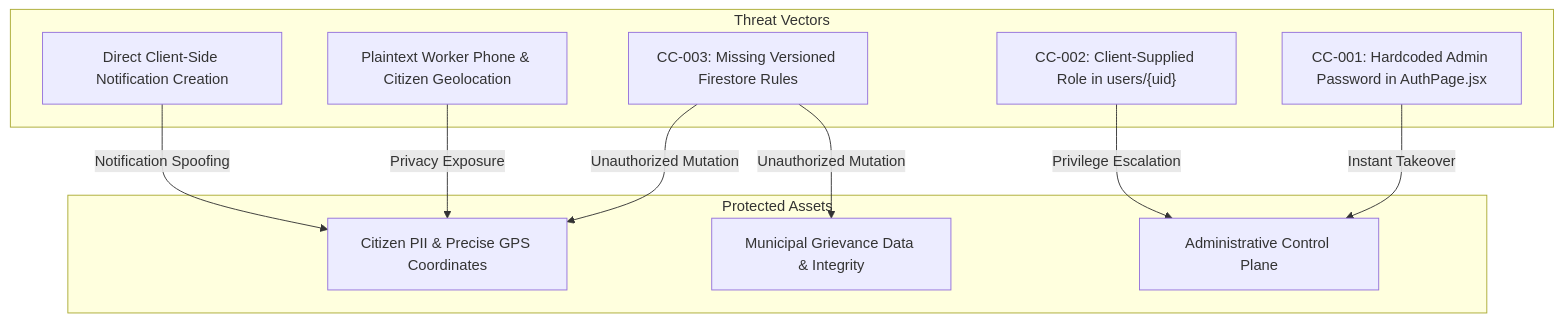
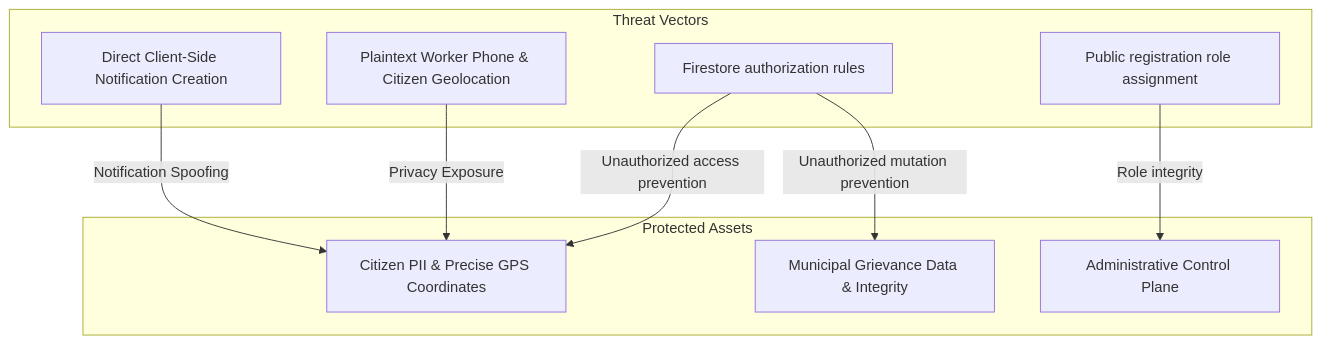
Before and after one commit to Aditya8369/Civic-Connect: the diagram in docs/security-quality-and-issues.md, drawn with Mermaid. The commit also changed other lines of this file and 1 other file, not shown here.

Commit message:
docs: audit known issues and refresh roadmap

````diff
--- a/docs/security-quality-and-issues.md
+++ b/docs/security-quality-and-issues.md
@@ -9,23 +9,21 @@
 ```mermaid
 flowchart TD
     subgraph AttackVectors ["Threat Vectors"]
-        T1["CC-001: Hardcoded Admin Password in AuthPage.jsx"]
-        T2["CC-002: Client-Supplied Role in users/{uid}"]
-        T3["CC-003: Missing Versioned Firestore Rules"]
+        T1["Public registration role assignment"]
+        T2["Firestore authorization rules"]
         T4["Plaintext Worker Phone & Citizen Geolocation"]
         T5["Direct Client-Side Notification Creation"]
     end
 
     subgraph Assets ["Protected Assets"]
         A1["Citizen PII & Precise GPS Coordinates"]
         A2["Municipal Grievance Data & Integrity"]
         A3["Administrative Control Plane"]
     end
 
-    T1 -->|Instant Takeover| A3
-    T2 -->|Privilege Escalation| A3
-    T3 -->|Unauthorized Mutation| A1
-    T3 -->|Unauthorized Mutation| A2
+    T1 -->|Role integrity| A3
+    T2 -->|Unauthorized access prevention| A1
+    T2 -->|Unauthorized mutation prevention| A2
     T4 -->|Privacy Exposure| A1
     T5 -->|Notification Spoofing| A1
 ```
````
